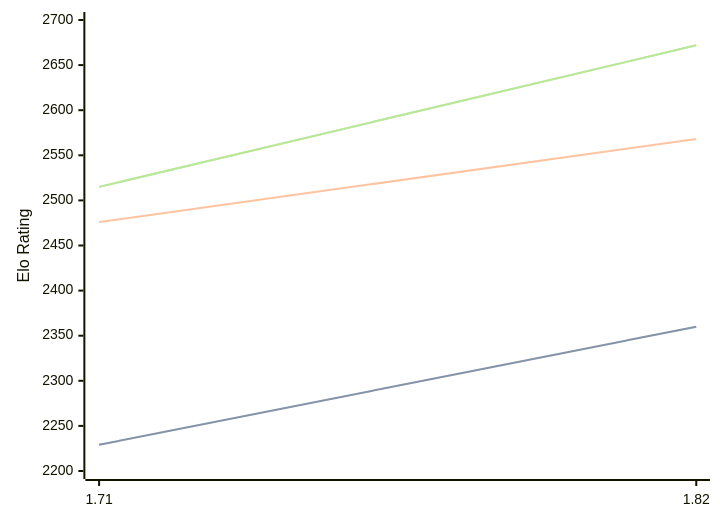
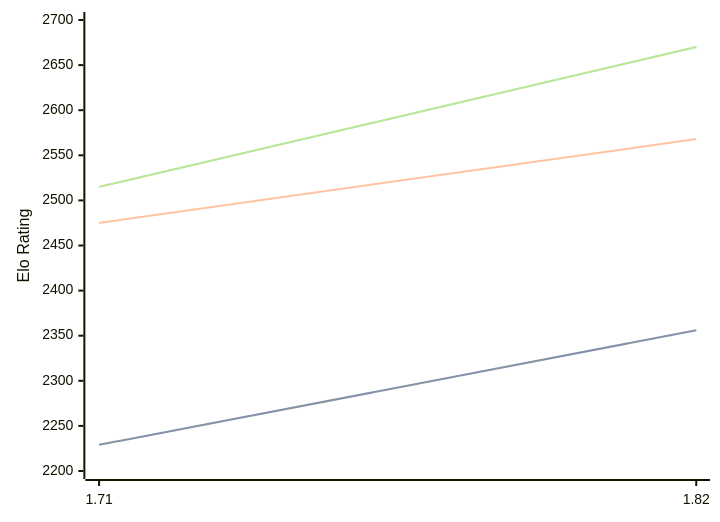
Before and after one commit to computer-chess-index/cci: the diagram in engines/Amira.md, drawn with Mermaid. The commit also changed other lines of this file, not shown here.

Commit message:
Update CCI Ratings (ELO VLTC) - 2026-03-16

````diff
--- a/engines/Amira.md
+++ b/engines/Amira.md
@@ -33,11 +33,11 @@
 ```mermaid
 %%{init: {"theme":"base","themeVariables":{"seriesColors:['#a3a3a3','#222221','#faa371']}}}%%
 xychart-beta
   x-axis ["1.71", "1.82"]
   y-axis "Elo Rating" 2200 --> 2700
-  line "STC (8.0+0.08s)" [2229, 2360]
-  line "STC (8.0+0.08s)" [2229, 2360]
-  line "LTC (60.0+0.60s)" [2476, 2568]
-  line "VLTC (2m24s+1.12s)" [2515, 2672]
-  line "VLTC (2m24s+1.12s)" [2515, 2672]
+  line "STC (8.0+0.08s)" [2229, 2356]
+  line "STC (8.0+0.08s)" [2229, 2356]
+  line "LTC (60.0+0.60s)" [2475, 2568]
+  line "VLTC (2m24s+1.12s)" [2515, 2670]
+  line "VLTC (2m24s+1.12s)" [2515, 2670]
 ```
````
